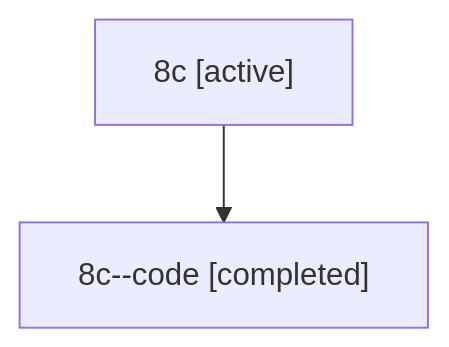
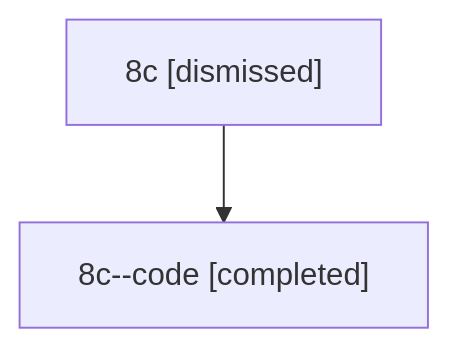
One commit to sase-org/sase--agents changed the diagram in sessions/bbugyi200.athena.8c.md. Above: the diagram before and after it, drawn with Mermaid. The commit also changed other lines of this file and 12 other files, not shown here.

````diff
--- a/sessions/bbugyi200.athena.8c.md
+++ b/sessions/bbugyi200.athena.8c.md
@@ -9,6 +9,6 @@
 ```mermaid
 flowchart TD
-  n0["8c [active]"]
+  n0["8c [dismissed]"]
   n1["8c--code [completed]"]
   n0 --> n1
 ```
````
